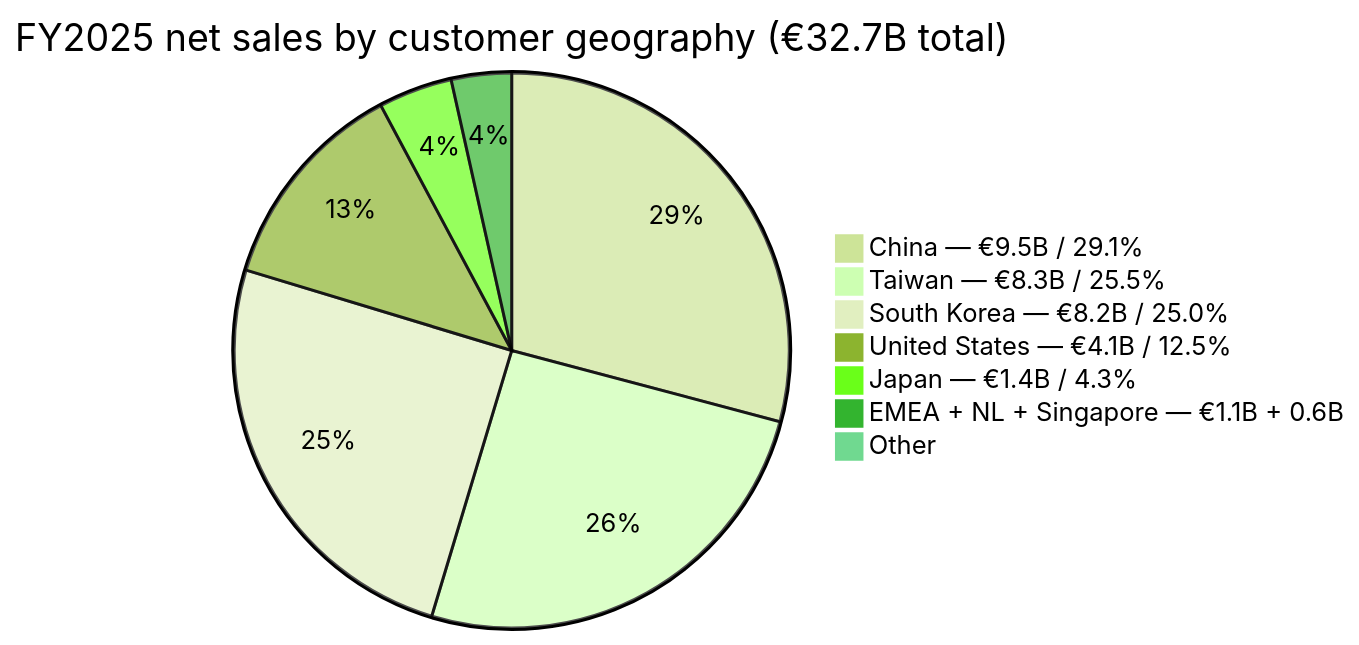
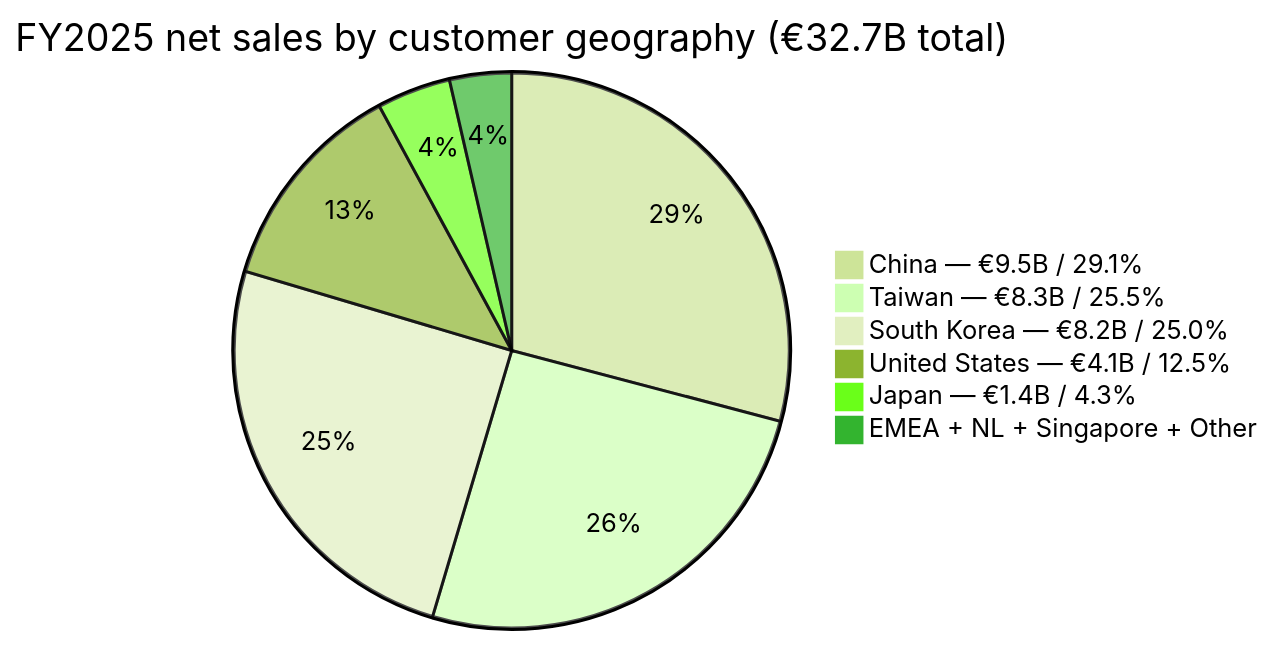
One commit to dadachundan/financial_agent changed the third of 4 diagrams in reports/company/ASML_NASDAQ_ASML/ASML_NASDAQ_ASML_Research_Document.md. Above: the diagram before and after it, drawn with Mermaid (forest theme). The commit also changed other lines of this file and 3 other files, not shown here.

````diff
--- a/reports/company/ASML_NASDAQ_ASML/ASML_NASDAQ_ASML_Research_Document.md
+++ b/reports/company/ASML_NASDAQ_ASML/ASML_NASDAQ_ASML_Research_Document.md
@@ -202,10 +224,9 @@
 ```mermaid
 pie title FY2025 net sales by customer geography (€32.7B total)
     "China — €9.5B / 29.1%" : 29.1
     "Taiwan — €8.3B / 25.5%" : 25.5
     "South Korea — €8.2B / 25.0%" : 25.0
     "United States — €4.1B / 12.5%" : 12.5
     "Japan — €1.4B / 4.3%" : 4.3
-    "EMEA + NL + Singapore — €1.1B + 0.6B" : 3.5
-    "Other" : 0.1
+    "EMEA + NL + Singapore + Other" : 3.6
 ```
````
